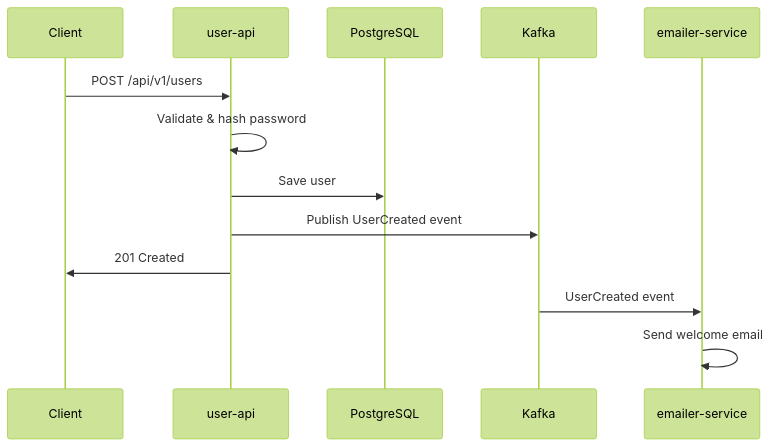
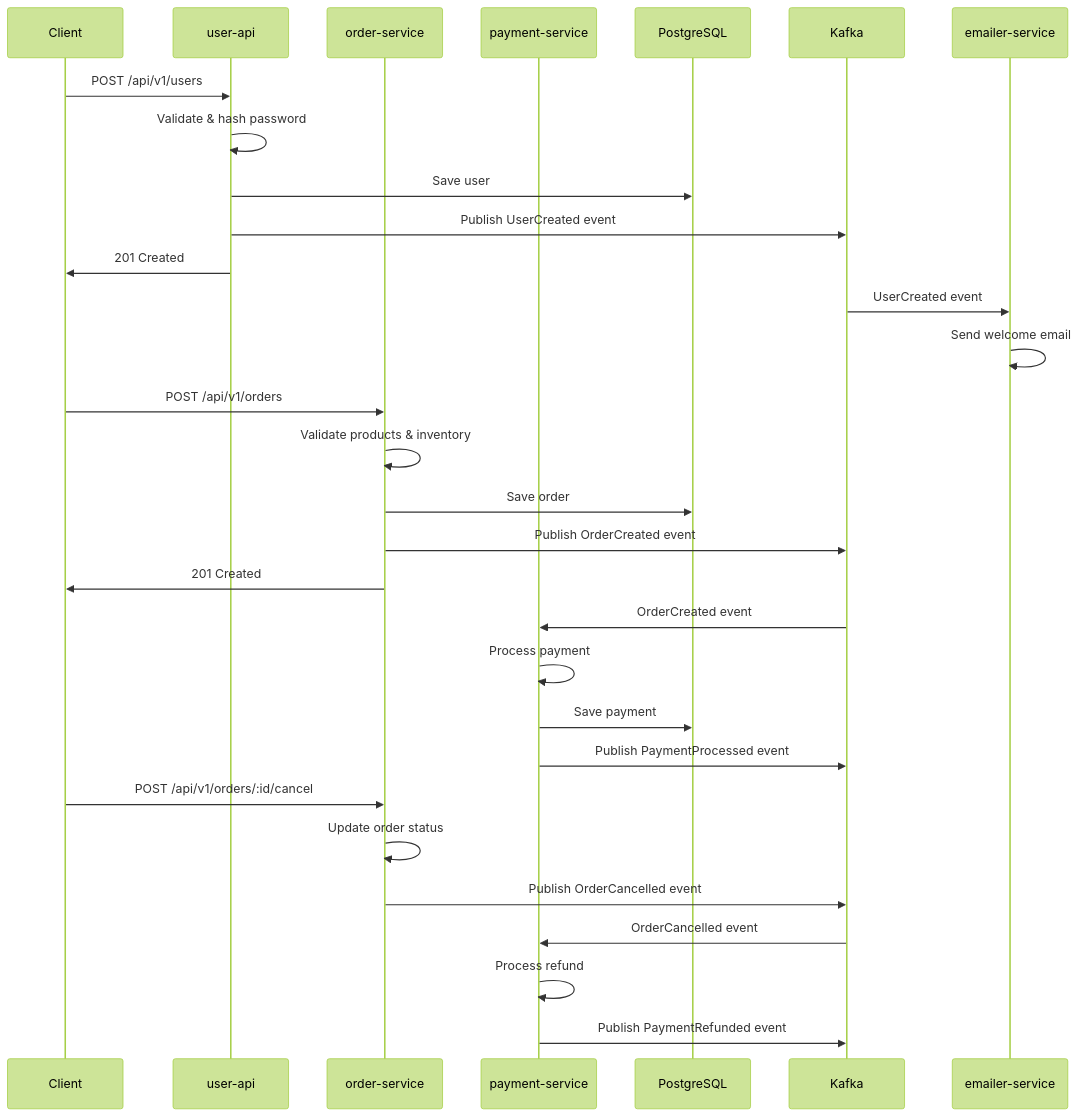
Before and after one commit to terminator791/Event-Driven-Architecture-GO: the diagram in README.md, drawn with Mermaid (forest theme). The commit also changed other lines of this file and 12 other files, not shown here.

Commit message:
Add Payment Service and enhance system with enterprise-grade features

````diff
--- a/README.md
+++ b/README.md
@@ -25,16 +47,40 @@
 ```mermaid
 sequenceDiagram
     participant Client
     participant UserAPI as user-api
+    participant OrderAPI as order-service
+    participant PaymentAPI as payment-service
     participant DB as PostgreSQL
     participant Kafka
     participant Emailer as emailer-service
 
+    %% User Registration Flow
     Client->>UserAPI: POST /api/v1/users
     UserAPI->>UserAPI: Validate & hash password
     UserAPI->>DB: Save user
     UserAPI->>Kafka: Publish UserCreated event
     UserAPI->>Client: 201 Created
     Kafka->>Emailer: UserCreated event
     Emailer->>Emailer: Send welcome email
+
+    %% Order Creation Flow
+    Client->>OrderAPI: POST /api/v1/orders
+    OrderAPI->>OrderAPI: Validate products & inventory
+    OrderAPI->>DB: Save order
+    OrderAPI->>Kafka: Publish OrderCreated event
+    OrderAPI->>Client: 201 Created
+    
+    %% Automatic Payment Processing
+    Kafka->>PaymentAPI: OrderCreated event
+    PaymentAPI->>PaymentAPI: Process payment
+    PaymentAPI->>DB: Save payment
+    PaymentAPI->>Kafka: Publish PaymentProcessed event
+
+    %% Order Cancellation & Refund Flow
+    Client->>OrderAPI: POST /api/v1/orders/:id/cancel
+    OrderAPI->>OrderAPI: Update order status
+    OrderAPI->>Kafka: Publish OrderCancelled event
+    Kafka->>PaymentAPI: OrderCancelled event
+    PaymentAPI->>PaymentAPI: Process refund
+    PaymentAPI->>Kafka: Publish PaymentRefunded event
 ```
````
